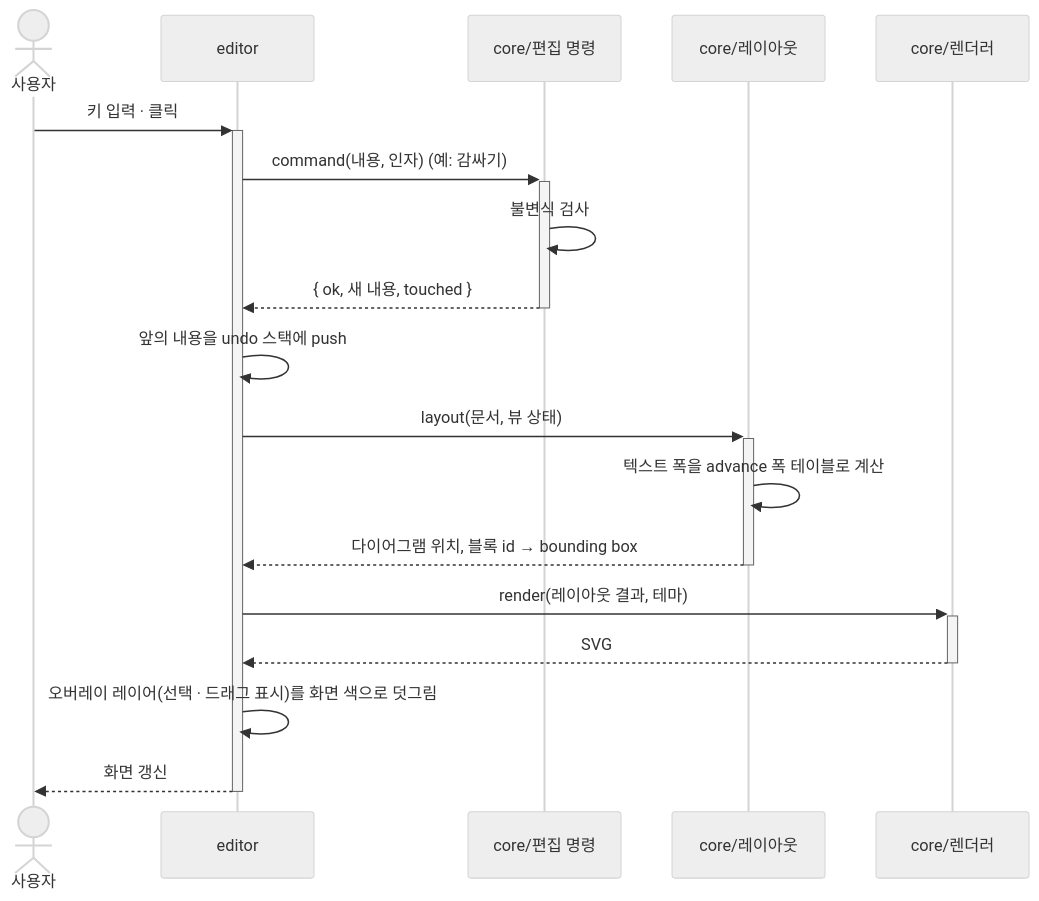
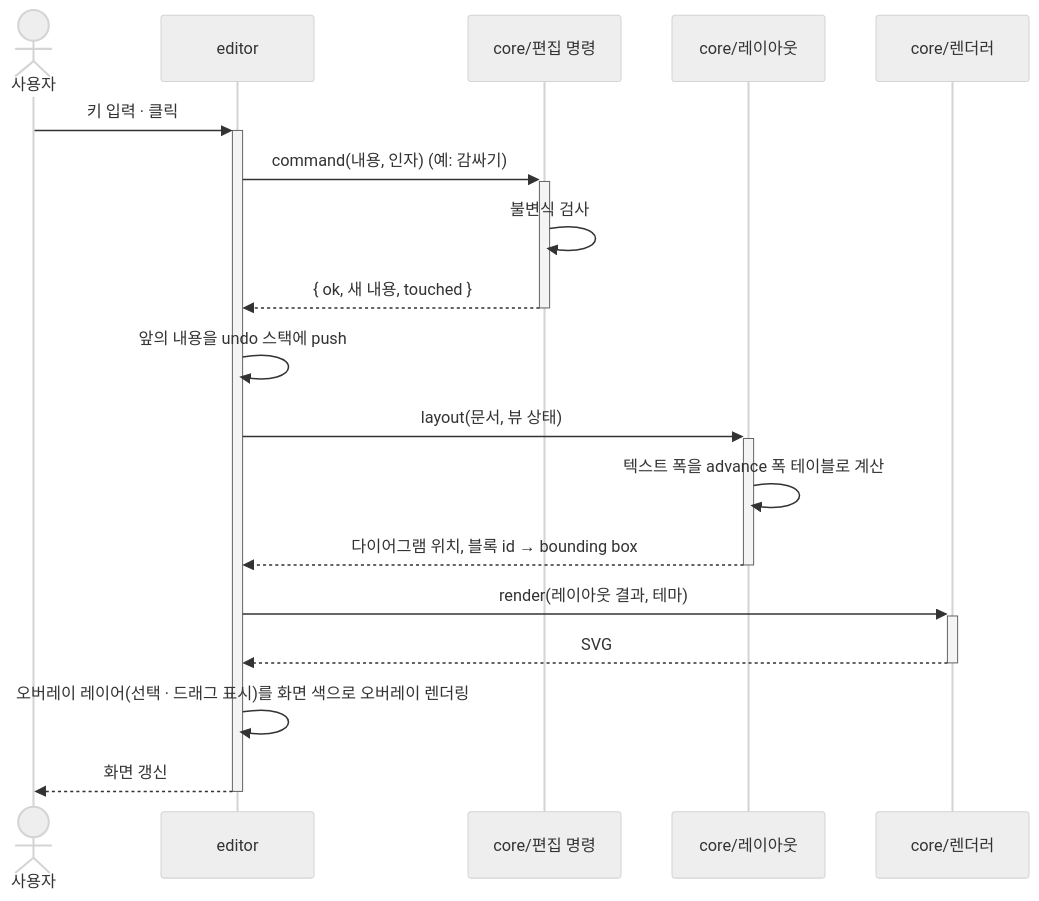
Before and after one commit to reddiana/AriadneNSD: the fifth of 9 diagrams in docs/03-architecture/03-architecture.md, drawn with Mermaid (neutral theme). The commit also changed other lines of this file and 1 other file, not shown here.

Commit message:
docs(architecture): 렌더링 · 측정 · 테스트 더블 등 아키텍처 문서의 말을 다시 고침

````diff
--- a/docs/03-architecture/03-architecture.md
+++ b/docs/03-architecture/03-architecture.md
@@ -412,20 +412,20 @@
 ```mermaid
 sequenceDiagram
     actor U as 사용자
     participant E as editor
     participant M as core/편집 명령
     participant L as core/레이아웃
     participant R as core/렌더러
     U->>+E: 키 입력 · 클릭
     E->>+M: command(내용, 인자) (예: 감싸기)
     M->>M: 불변식 검사
     M-->>-E: { ok, 새 내용, touched }
     E->>E: 앞의 내용을 undo 스택에 push
     E->>+L: layout(문서, 뷰 상태)
     L->>L: 텍스트 폭을 advance 폭 테이블로 계산
     L-->>-E: 다이어그램 위치, 블록 id → bounding box
     E->>+R: render(레이아웃 결과, 테마)
     R-->>-E: SVG
-    E->>E: 오버레이 레이어(선택 · 드래그 표시)를 화면 색으로 덧그림
+    E->>E: 오버레이 레이어(선택 · 드래그 표시)를 화면 색으로 오버레이 렌더링
     E-->>-U: 화면 갱신
 ```
````
